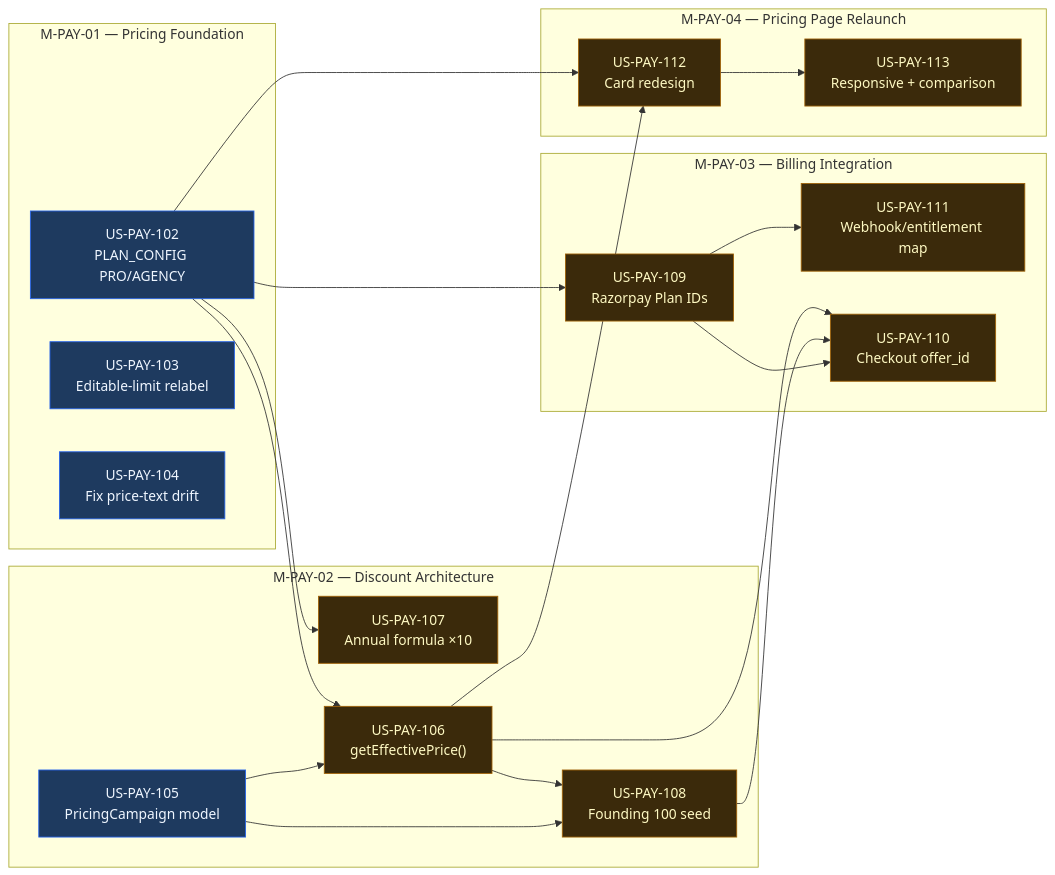
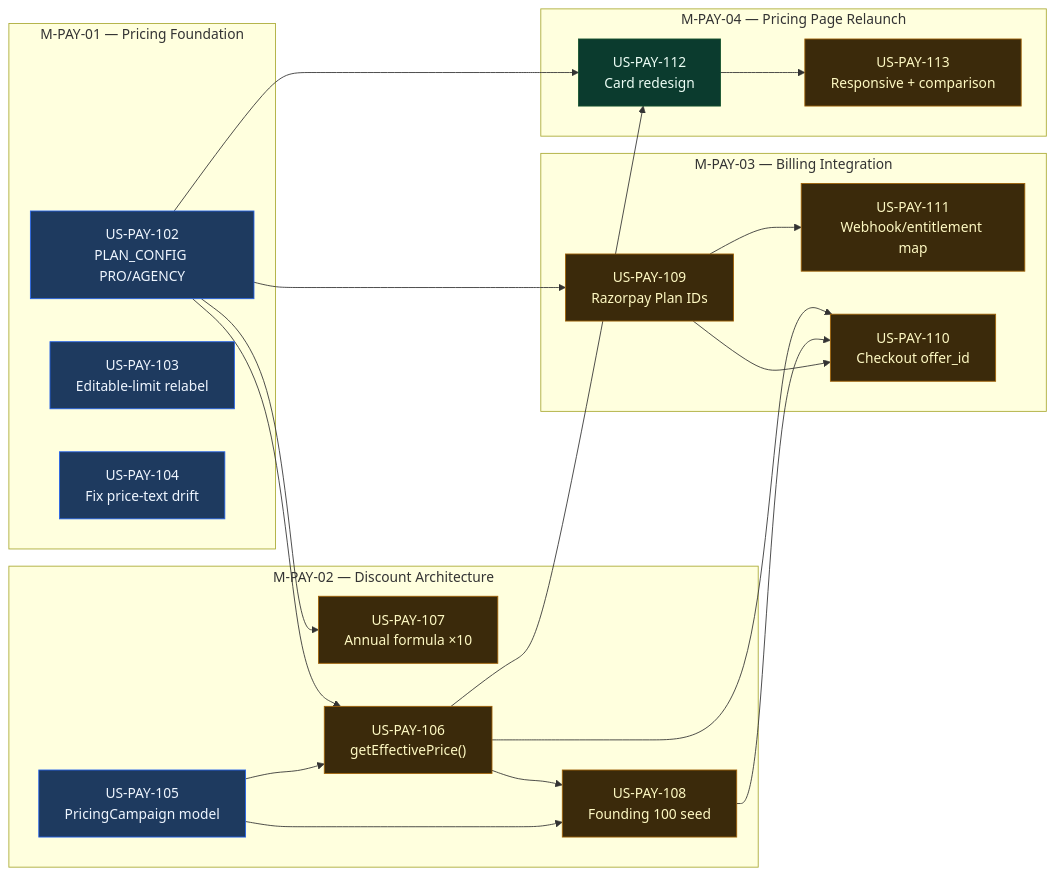
Before and after one commit to din-prajapati/infographic.io: the diagram in docs/agile/epics/phase-1-ai-core/EPIC-PAY-05/EPIC.md, drawn with Mermaid. The commit also changed other lines of this file and 2 other files, not shown here.

First line of the commit message:
docs(agile): close US-PAY-112 -- pricing page redesign done

````diff
--- a/docs/agile/epics/phase-1-ai-core/EPIC-PAY-05/EPIC.md
+++ b/docs/agile/epics/phase-1-ai-core/EPIC-PAY-05/EPIC.md
@@ -213,44 +213,44 @@
 ```mermaid
 flowchart LR
   subgraph M1["M-PAY-01 — Pricing Foundation"]
     US102["US-PAY-102\nPLAN_CONFIG PRO/AGENCY"]:::ready
     US103["US-PAY-103\nEditable-limit relabel"]:::ready
     US104["US-PAY-104\nFix price-text drift"]:::ready
   end
 
   subgraph M2["M-PAY-02 — Discount Architecture"]
     US105["US-PAY-105\nPricingCampaign model"]:::ready
     US107["US-PAY-107\nAnnual formula ×10"]:::blocked
     US106["US-PAY-106\ngetEffectivePrice()"]:::blocked
     US108["US-PAY-108\nFounding 100 seed"]:::blocked
   end
 
   subgraph M3["M-PAY-03 — Billing Integration"]
     US109["US-PAY-109\nRazorpay Plan IDs"]:::blocked
     US111["US-PAY-111\nWebhook/entitlement map"]:::blocked
     US110["US-PAY-110\nCheckout offer_id"]:::blocked
   end
 
   subgraph M4["M-PAY-04 — Pricing Page Relaunch"]
-    US112["US-PAY-112\nCard redesign"]:::blocked
+    US112["US-PAY-112\nCard redesign"]:::done
     US113["US-PAY-113\nResponsive + comparison"]:::blocked
   end
 
   US102 --> US107
   US102 --> US106
   US105 --> US106
   US106 --> US108
   US105 --> US108
   US102 --> US109
   US109 --> US111
   US106 --> US110
   US108 --> US110
   US109 --> US110
   US102 --> US112
   US106 --> US112
   US112 --> US113
 
   classDef ready    fill:#1e3a5f,stroke:#2563eb,color:#eff6ff;
   classDef blocked  fill:#3b2a0b,stroke:#a16207,color:#fef9c3;
   classDef done     fill:#0b3b2e,stroke:#14532d,color:#ecfdf5;
 ```
````
